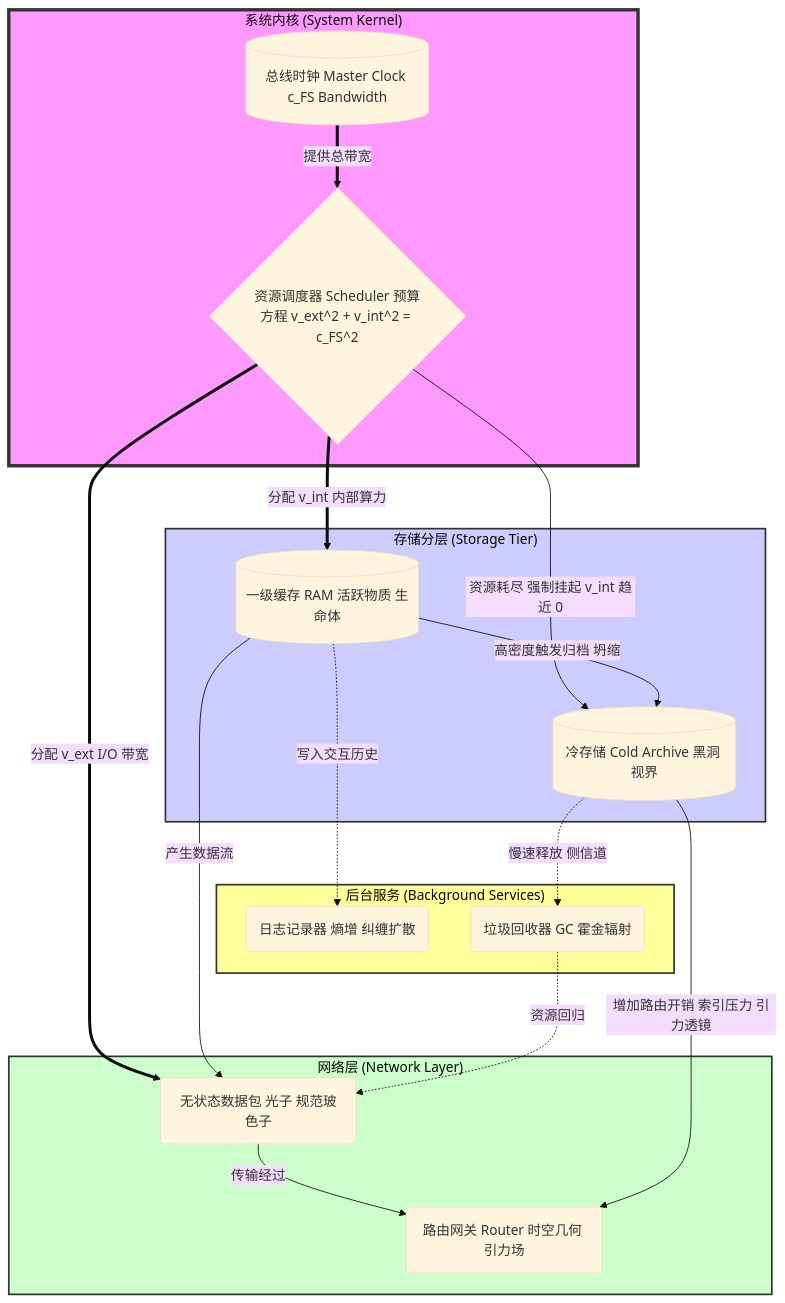
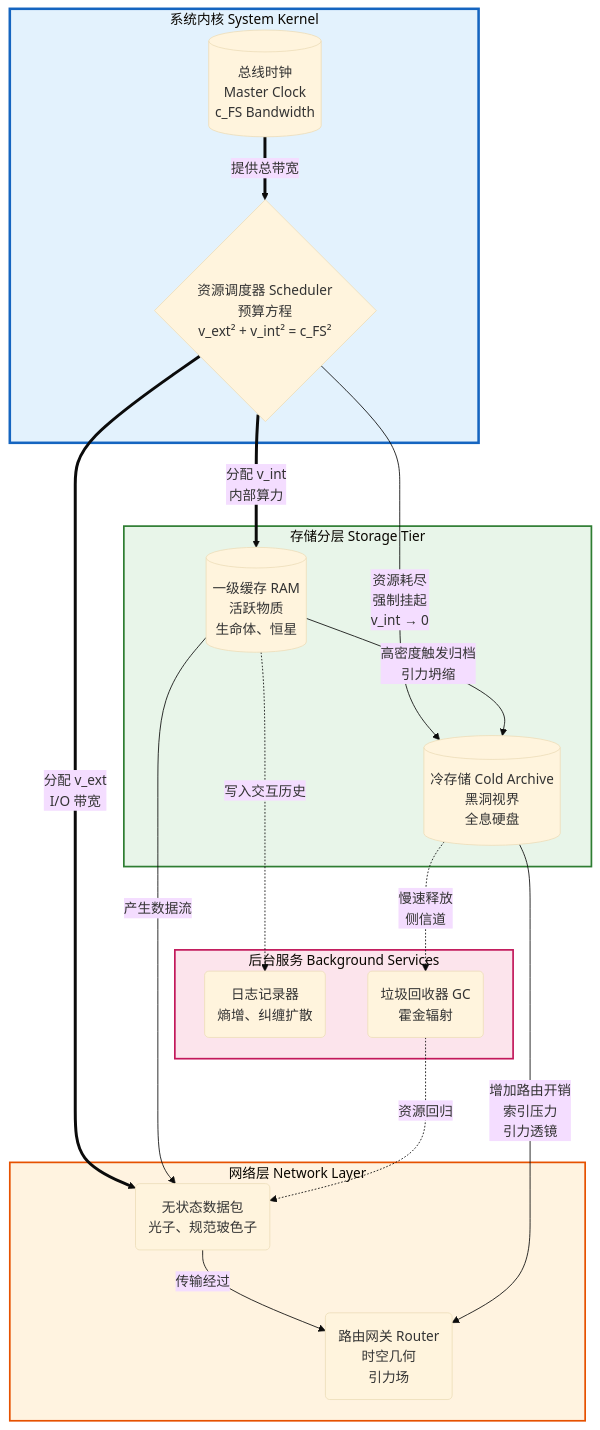
The first of 5 diagrams in docs/books/book-matrix-source-code-of-universe/appendices/appendix-e-01-the-universe-kernel-architecture-diagram.md (loning/the-omega), drawn with Mermaid (base theme) before and after one commit. The commit also changed other lines of this file and 1 other file, not shown here.

````diff
--- a/docs/books/book-matrix-source-code-of-universe/appendices/appendix-e-01-the-universe-kernel-architecture-diagram.md
+++ b/docs/books/book-matrix-source-code-of-universe/appendices/appendix-e-01-the-universe-kernel-architecture-diagram.md
@@ -27,97 +29,42 @@
 ```mermaid
 graph TD
-
-    %% --- 核心定义 ---
-
-    subgraph Kernel ["系统内核 (System Kernel)"]
-
-        style Kernel fill:#f9f,stroke:#333,stroke-width:4px
-
-        MasterClock[("总线时钟 Master Clock c_FS Bandwidth")]
-
-        Scheduler{"资源调度器 Scheduler 预算方程 v_ext^2 + v_int^2 = c_FS^2"}
-
+    subgraph Kernel ["系统内核 System Kernel"]
+        style Kernel fill:#E3F2FD,stroke:#1565C0,stroke-width:3px
+        MasterClock[("总线时钟<br/>Master Clock<br/>c_FS Bandwidth")]
+        Scheduler{"资源调度器 Scheduler<br/>预算方程<br/>v_ext² + v_int² = c_FS²"}
     end
 
-
-
-    %% --- 存储层 ---
-
-    subgraph StorageTier ["存储分层 (Storage Tier)"]
-
-        style StorageTier fill:#ccf,stroke:#333,stroke-width:2px
-
-        RAM[("一级缓存 RAM 活跃物质 生命体")]
-
-        ColdStorage[("冷存储 Cold Archive 黑洞 视界")]
-
+    subgraph StorageTier ["存储分层 Storage Tier"]
+        style StorageTier fill:#E8F5E9,stroke:#2E7D32,stroke-width:2px
+        RAM[("一级缓存 RAM<br/>活跃物质<br/>生命体、恒星")]
+        ColdStorage[("冷存储 Cold Archive<br/>黑洞视界<br/>全息硬盘")]
     end
 
-
-
-    %% --- 网络层 ---
-
-    subgraph NetworkLayer ["网络层 (Network Layer)"]
-
-        style NetworkLayer fill:#cfc,stroke:#333,stroke-width:2px
-
-        DataPackets(无状态数据包 光子 规范玻色子)
-
-        Router("路由网关 Router 时空几何 引力场")
-
+    subgraph NetworkLayer ["网络层 Network Layer"]
+        style NetworkLayer fill:#FFF3E0,stroke:#E65100,stroke-width:2px
+        DataPackets("无状态数据包<br/>光子、规范玻色子")
+        Router("路由网关 Router<br/>时空几何<br/>引力场")
     end
 
-
-
-    %% --- 后台服务 ---
-
-    subgraph BackgroundServices ["后台服务 (Background Services)"]
-
-        style BackgroundServices fill:#ff9,stroke:#333,stroke-width:2px
-
-        Logger(日志记录器 熵增 纠缠扩散)
-
-        GC(垃圾回收器 GC 霍金辐射)
-
+    subgraph BackgroundServices ["后台服务 Background Services"]
+        style BackgroundServices fill:#FCE4EC,stroke:#C2185B,stroke-width:2px
+        Logger("日志记录器<br/>熵增、纠缠扩散")
+        GC("垃圾回收器 GC<br/>霍金辐射")
     end
 
+    MasterClock ==>|"提供总带宽"| Scheduler
 
-
-    %% --- 核心流程连接 ---
-
-
-
-    MasterClock ==>|提供总带宽| Scheduler
-
-
-
-    Scheduler ==>|分配 v_int 内部算力| RAM
-
-    Scheduler ==>|分配 v_ext I/O 带宽| DataPackets
-
-    Scheduler --"资源耗尽 强制挂起 v_int 趋近 0"--> ColdStorage
-
-
+    Scheduler ==>|"分配 v_int<br/>内部算力"| RAM
+    Scheduler ==>|"分配 v_ext<br/>I/O 带宽"| DataPackets
+    Scheduler --"资源耗尽<br/>强制挂起<br/>v_int → 0"--> ColdStorage
 
     RAM --"产生数据流"--> DataPackets
-
-    RAM --"高密度触发归档 坍缩"--> ColdStorage
-
-
+    RAM --"高密度触发归档<br/>引力坍缩"--> ColdStorage
 
     DataPackets --"传输经过"--> Router
+    ColdStorage --"增加路由开销<br/>索引压力<br/>引力透镜"--> Router
 
-    ColdStorage --"增加路由开销 索引压力 引力透镜"--> Router
-
-
-
-    RAM -.->|写入交互历史| Logger
-
-    ColdStorage -.->|慢速释放 侧信道| GC
-
-    GC -.->|资源回归| DataPackets
-
-
-
-    %% --- 样式定义 ---
+    RAM -.->|"写入交互历史"| Logger
+    ColdStorage -.->|"慢速释放<br/>侧信道"| GC
+    GC -.->|"资源回归"| DataPackets
 ```
````
